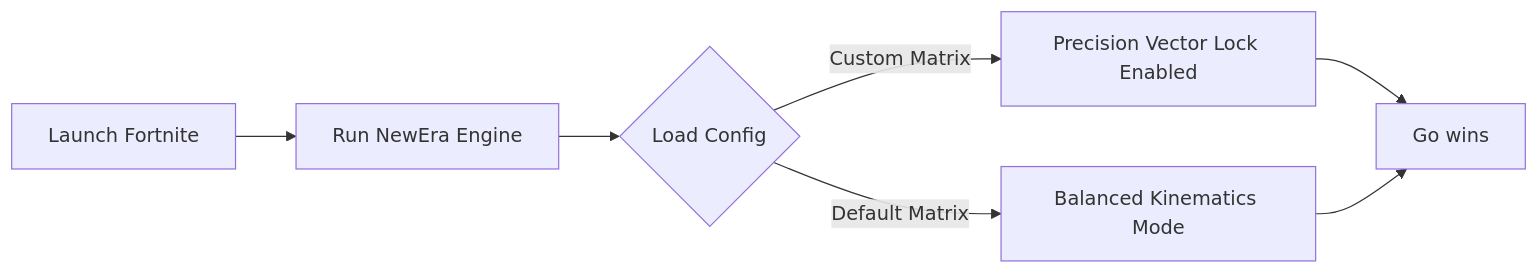
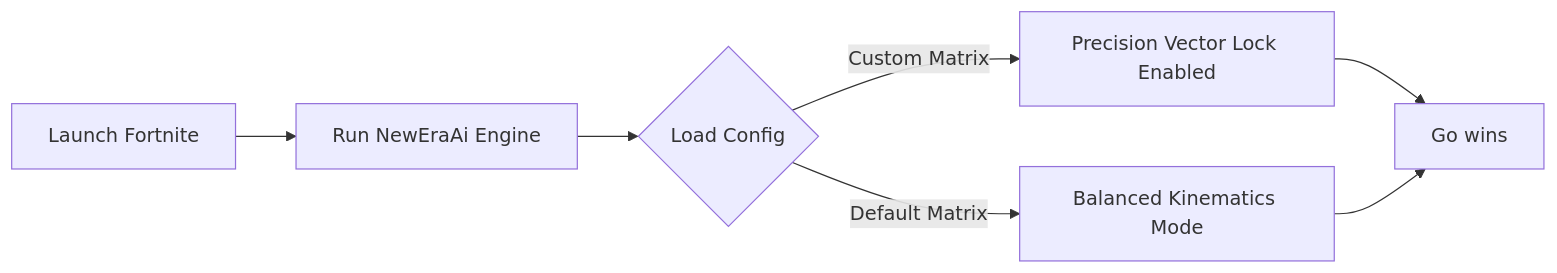
Before and after one commit to Thresholdpuslip/Fortnite-Assist-Wins-Helper: the diagram in README.md, drawn with Mermaid. The commit also changed other lines of this file, not shown here.

````diff
--- a/README.md
+++ b/README.md
@@ -15,10 +24,10 @@
 ```mermaid
 graph LR
-    A[Launch Fortnite] --> B[Run NewEra Engine]
+    A[Launch Fortnite] --> B[Run NewEraAi Engine]
     B --> C{Load Config}
     C -->|Custom Matrix| D[Precision Vector Lock Enabled]
     C -->|Default Matrix| E[Balanced Kinematics Mode]
     D --> F[Active Spatial Analytics]
     E --> F[Go wins]
 
 ```
````
